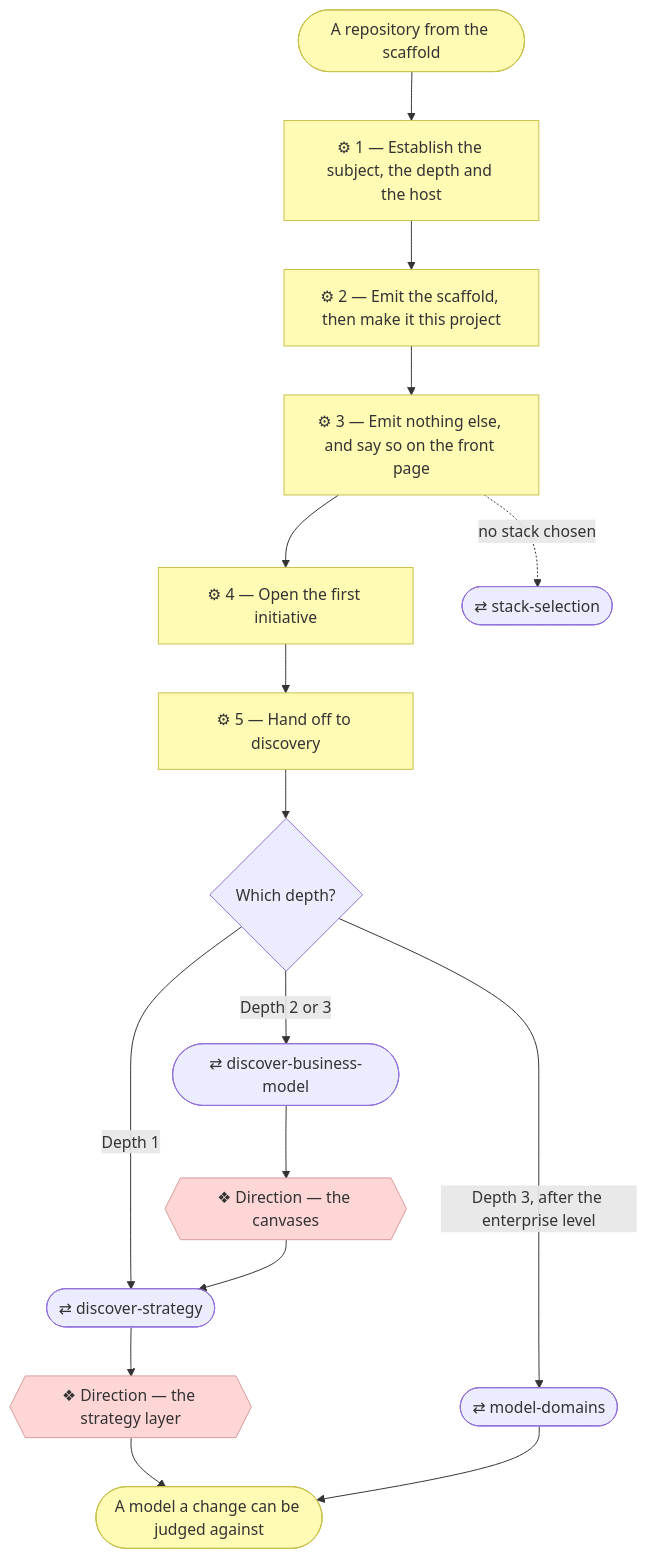
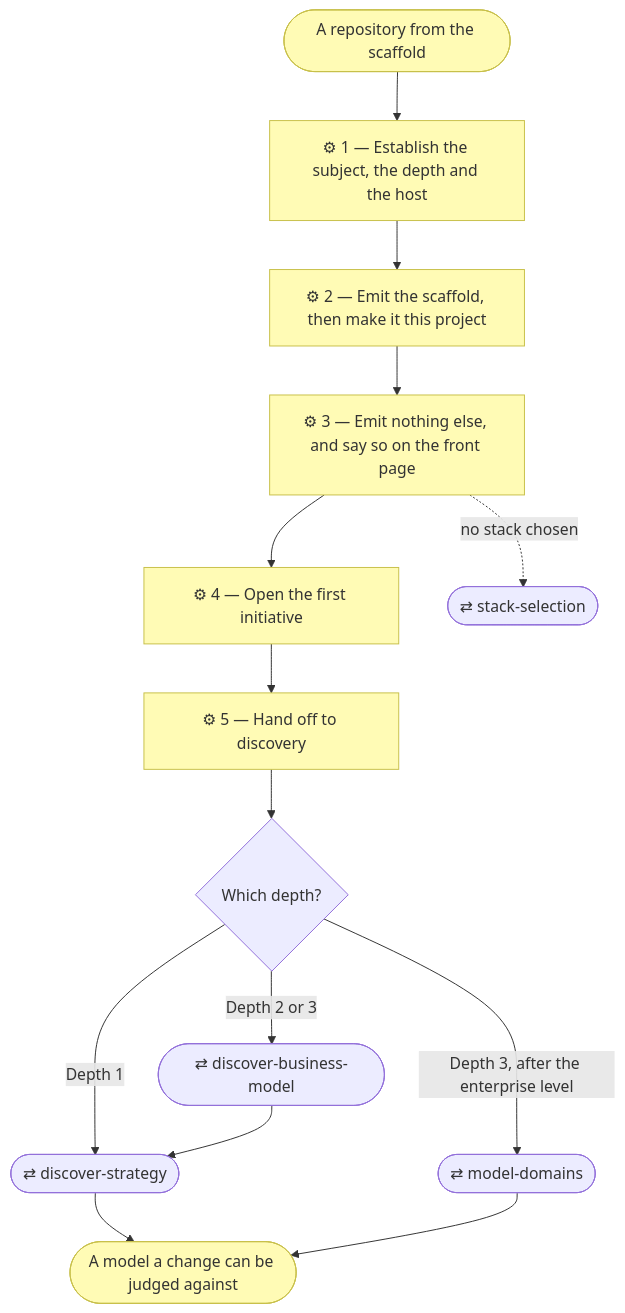
The diagram in plugins/archreator/skills/establish-project/SKILL.md (roanboc/archreator), drawn with Mermaid before and after one commit. The commit also changed other lines of this file and 49 other files, not shown here.

````diff
--- a/plugins/archreator/skills/establish-project/SKILL.md
+++ b/plugins/archreator/skills/establish-project/SKILL.md
@@ -41,29 +40,25 @@
 ```mermaid
 flowchart TD
   req(["A repository from the scaffold"])
   s1["⚙ 1 — Establish the subject, the depth and the host"]
   s2["⚙ 2 — Emit the scaffold, then make it this project"]
   s3["⚙ 3 — Emit nothing else, and say so on the front page"]
   s4["⚙ 4 — Open the first initiative"]
   s5["⚙ 5 — Hand off to discovery"]
   d{"Which depth?"}
   ss(["⇄ stack-selection"])
   dbm(["⇄ discover-business-model"])
   ds(["⇄ discover-strategy"])
   md(["⇄ model-domains"])
-  g0{{"❖ Direction — the canvases"}}
-  g1{{"❖ Direction — the strategy layer"}}
   out(["A model a change can be judged against"])
 
   req --> s1 --> s2 --> s3 --> s4 --> s5 --> d
   s3 -. no stack chosen .-> ss
   d -->|Depth 1| ds
-  d -->|Depth 2 or 3| dbm --> g0 --> ds
-  ds --> g1 --> out
+  d -->|Depth 2 or 3| dbm --> ds
+  ds --> out
   d -->|Depth 3, after the enterprise level| md --> out
 
   classDef business fill:#fffbb5,stroke:#c8c04a,color:#333
-  classDef implementation fill:#ffd6d6,stroke:#d99b9b,color:#333
   class s1,s2,s3,s4,s5,req,out business
-  class g0,g1 implementation
 ```
````
